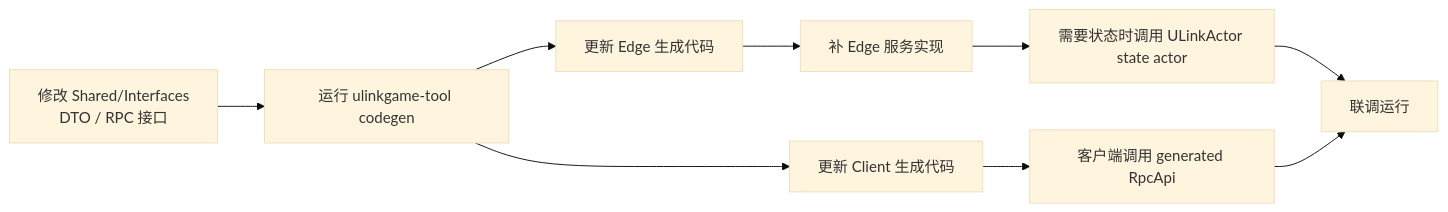
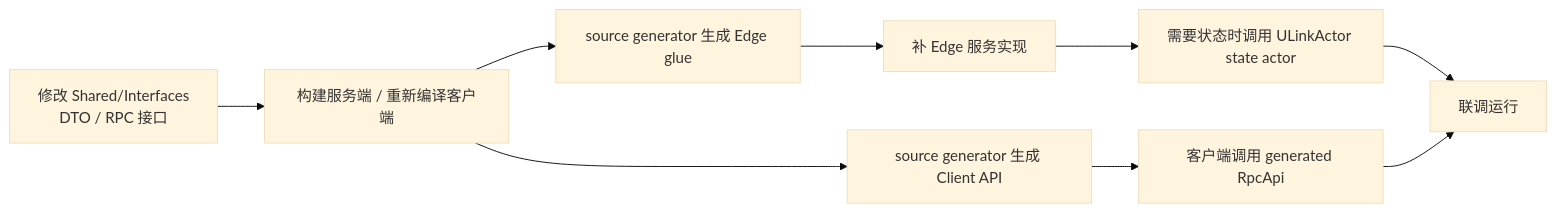
Before and after one commit to bruce48x/ULinkGame: the second of 2 diagrams in blog/content/posts/ulinkgame-getting-started.md, drawn with Mermaid (base theme). The commit also changed other lines of this file and 58 other files, not shown here.

Commit message:
Migrate RPC generation to source generators

````diff
--- a/blog/content/posts/ulinkgame-getting-started.md
+++ b/blog/content/posts/ulinkgame-getting-started.md
@@ -365,11 +360,11 @@
 ```mermaid
 flowchart LR
-    A["修改 Shared/Interfaces<br/>DTO / RPC 接口"] --> B["运行 ulinkgame-tool codegen"]
-    B --> C["更新 Edge 生成代码"]
-    B --> D["更新 Client 生成代码"]
+    A["修改 Shared/Interfaces<br/>DTO / RPC 接口"] --> B["构建服务端 / 重新编译客户端"]
+    B --> C["source generator 生成 Edge glue"]
+    B --> D["source generator 生成 Client API"]
     C --> E["补 Edge 服务实现"]
     E --> F["需要状态时调用 ULinkActor state actor"]
     D --> G["客户端调用 generated RpcApi"]
     F --> H["联调运行"]
     G --> H
 ```
````
